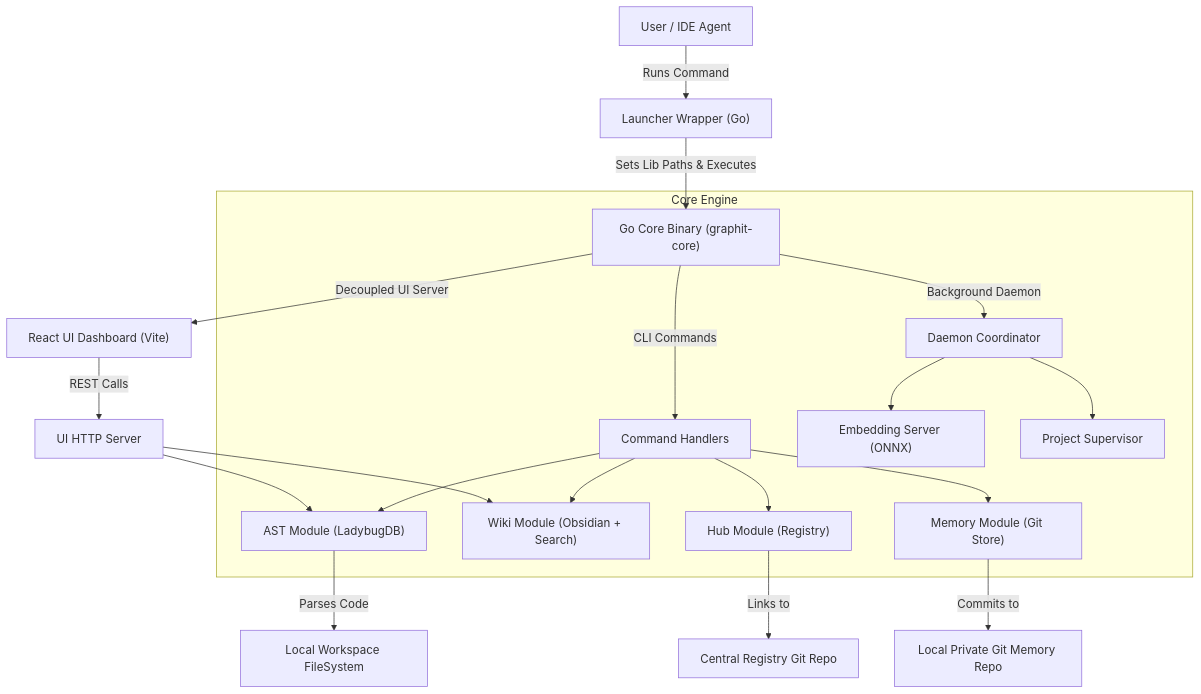
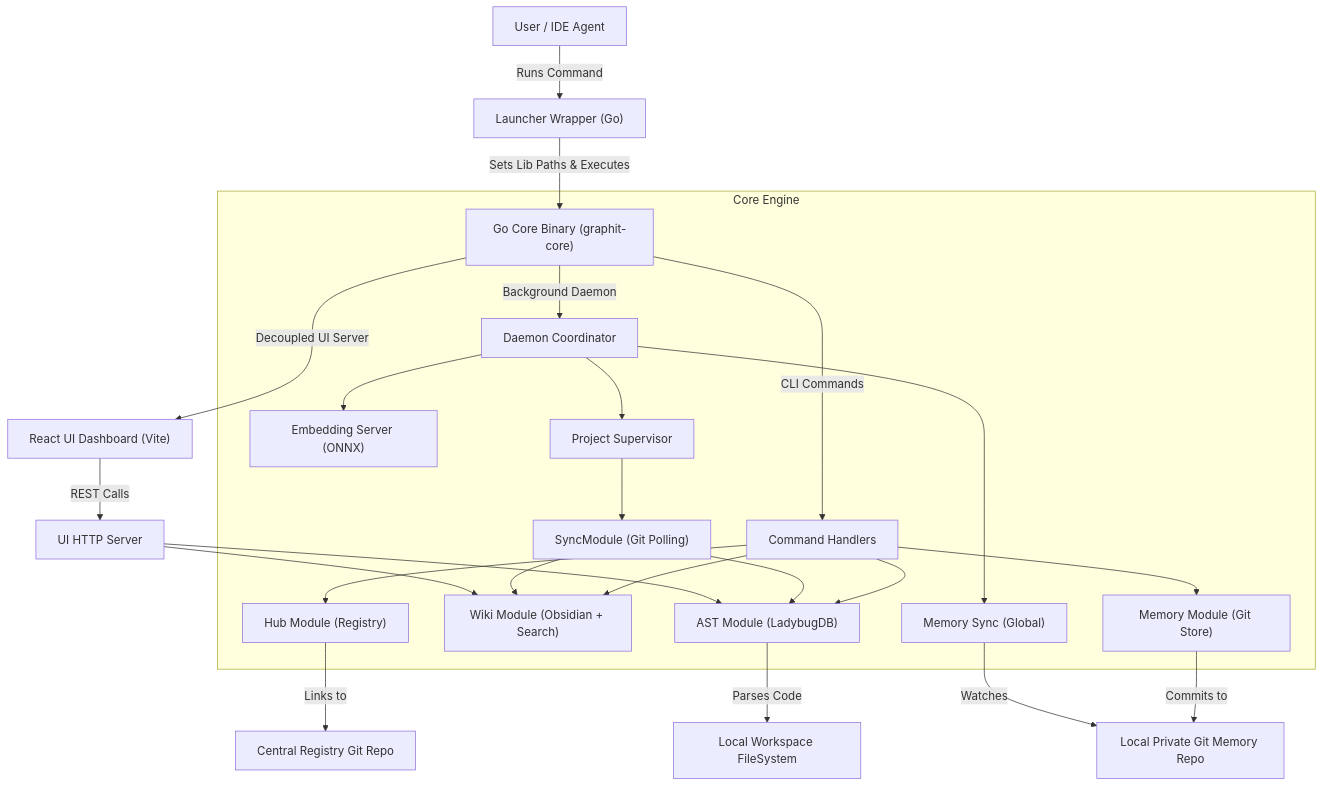
Before and after one commit to graphit-labs/graphit-code: the diagram in docs/architecture/architecture_overview.md, drawn with Mermaid. The commit also changed 20 other files, not shown here.

Commit message:
refactor: replace fsnotify with git polling for daemon sync and add support for custom self-update URLs

````diff
--- a/docs/architecture/architecture_overview.md
+++ b/docs/architecture/architecture_overview.md
@@ -30,27 +30,33 @@
 ```mermaid
 graph TD
     User["User / IDE Agent"] -- Runs Command --> Launcher["Launcher Wrapper (Go)"]
     Launcher -- Sets Lib Paths & Executes --> Core["Go Core Binary (graphit-core)"]
     
     subgraph Core Engine
         Core -- CLI Commands --> Cmds["Command Handlers"]
         Core -- Background Daemon --> Daemon["Daemon Coordinator"]
         
         Cmds --> AST["AST Module (LadybugDB)"]
         Cmds --> Wiki["Wiki Module (Obsidian + Search)"]
         Cmds --> Hub["Hub Module (Registry)"]
         Cmds --> Mem["Memory Module (Git Store)"]
         
         Daemon --> EmbedSvc["Embedding Server (ONNX)"]
         Daemon --> ProjectWatch["Project Supervisor"]
+        Daemon --> MemSync["Memory Sync (Global)"]
+        
+        ProjectWatch --> SyncMod["SyncModule (Git Polling)"]
+        SyncMod --> AST
+        SyncMod --> Wiki
     end
     
     AST -- Parses Code --> FileSystem["Local Workspace FileSystem"]
     Mem -- Commits to --> GitLocal["Local Private Git Memory Repo"]
+    MemSync -- Watches --> GitLocal
     Hub -- Links to --> GitHub["Central Registry Git Repo"]
     
     Core -- Decoupled UI Server --> ReactUI["React UI Dashboard (Vite)"]
     ReactUI -- REST Calls --> WebServer["UI HTTP Server"]
     WebServer --> AST
     WebServer --> Wiki
 ```
````
